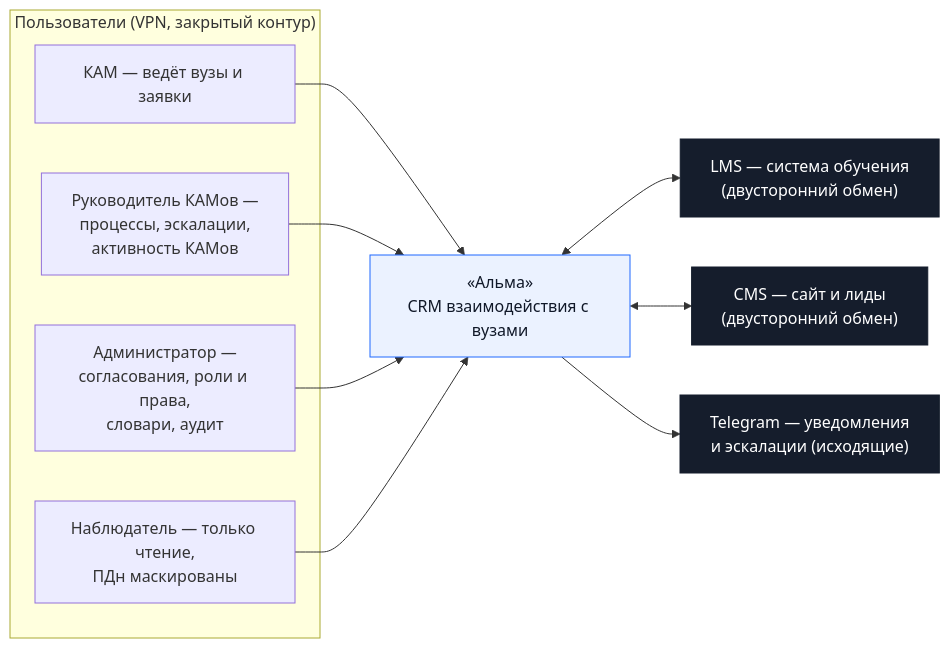
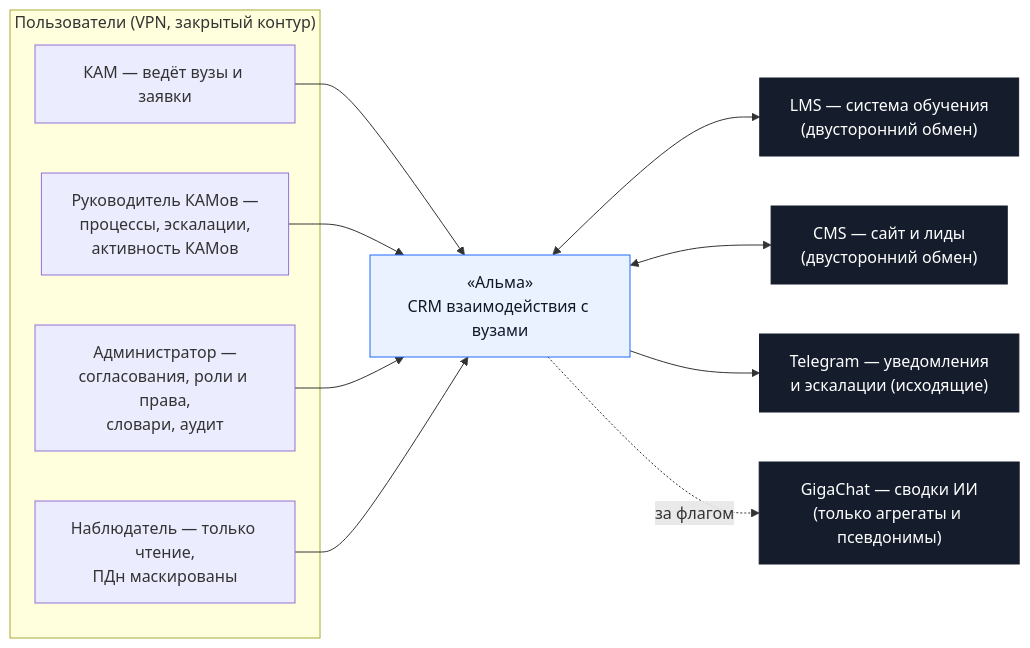
One commit to ilya2108/Collabse-LCT-Alma changed the first of 3 diagrams in README.md. Above: the diagram before and after it, drawn with Mermaid. The commit also changed other lines of this file and 136 other files, not shown here.

````diff
--- a/README.md
+++ b/README.md
@@ -185,26 +194,28 @@
 ```mermaid
 flowchart LR
     subgraph roles["Пользователи (VPN, закрытый контур)"]
         KAM["КАМ — ведёт вузы и заявки"]
         HEAD["Руководитель КАМов —<br/>процессы, эскалации,<br/>активность КАМов"]
         ADM["Администратор —<br/>согласования, роли и права,<br/>словари, аудит"]
         OBS["Наблюдатель — только чтение,<br/>ПДн маскированы"]
     end
     ALMA["«Альма»<br/>CRM взаимодействия с вузами"]
     LMS["LMS — система обучения<br/>(двусторонний обмен)"]
     CMS["CMS — сайт и лиды<br/>(двусторонний обмен)"]
     TGE["Telegram — уведомления<br/>и эскалации (исходящие)"]
+    GIGA["GigaChat — сводки ИИ<br/>(только агрегаты и псевдонимы)"]
 
     KAM --> ALMA
     HEAD --> ALMA
     ADM --> ALMA
     OBS --> ALMA
     ALMA <--> LMS
     ALMA <--> CMS
     ALMA --> TGE
+    ALMA -.->|"за флагом"| GIGA
 
     classDef core fill:#EBF2FF,stroke:#1F69FF,color:#101828
     classDef ext fill:#151D2C,stroke:#151D2C,color:#FFFFFF
     class ALMA core
-    class LMS,CMS,TGE ext
+    class LMS,CMS,TGE,GIGA ext
 ```
````
